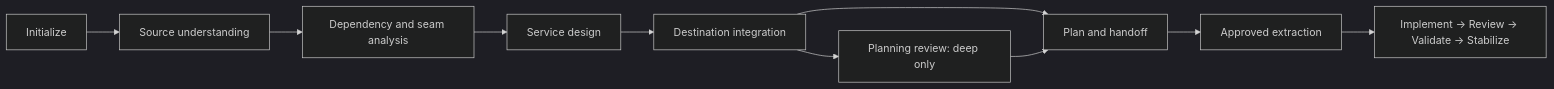
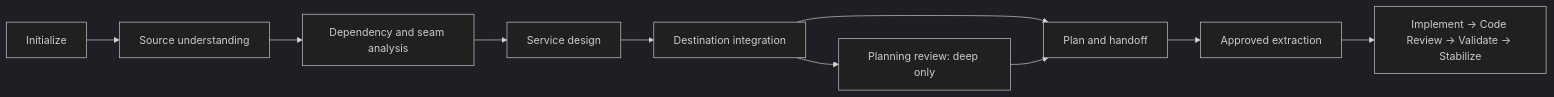
The fifth of 5 diagrams in PLAYBOOK_CATALOG.md (daniel-galvan/ai-engineering-workflow-framework), drawn with Mermaid (dark theme) before and after one commit. The commit also changed other lines of this file and 14 other files, not shown here.

````diff
--- a/PLAYBOOK_CATALOG.md
+++ b/PLAYBOOK_CATALOG.md
@@ -122,12 +122,12 @@
 ```mermaid
 flowchart LR
     A["Initialize"] --> B["Source understanding"]
     B --> C["Dependency and seam analysis"]
     C --> D["Service design"]
     D --> E["Destination integration"]
     E --> F["Planning review: deep only"]
     E --> G["Plan and handoff"]
     F --> G["Plan and handoff"]
     G --> H["Approved extraction"]
-    H --> I["Implement → Review → Validate → Stabilize"]
+    H --> I["Implement → Code Review → Validate → Stabilize"]
 ```
````
